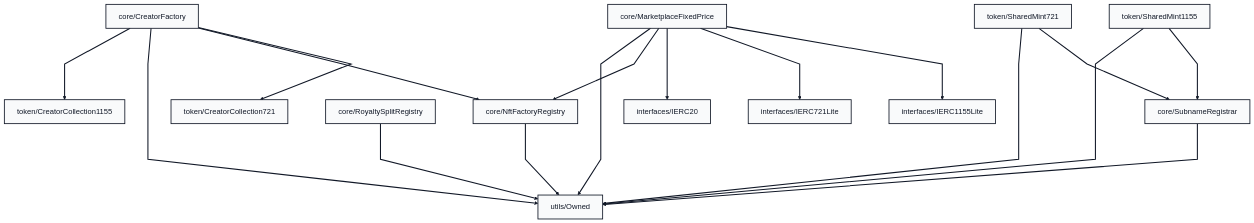
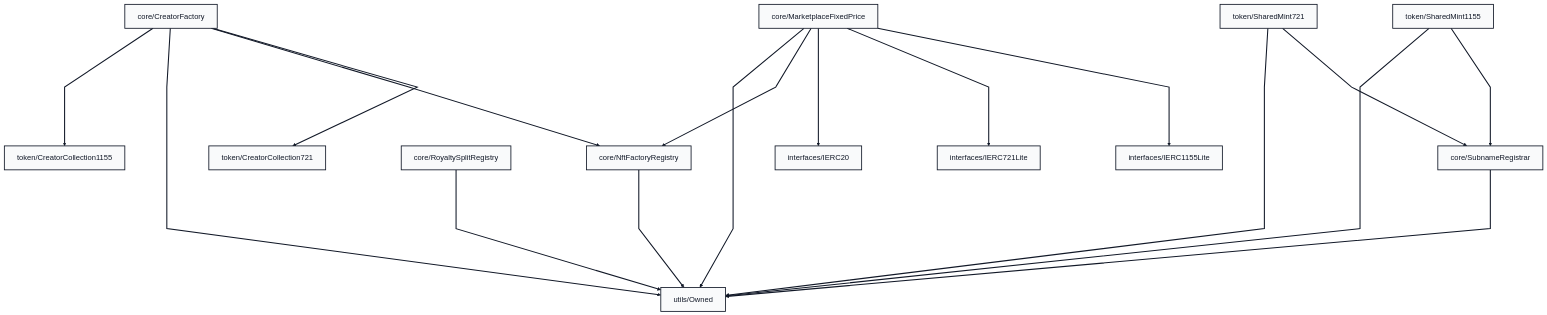
One commit to Bittrees-Technology/nftfactory changed the first of 2 diagrams in docs/contracts-dependency-tree.md. Above: the diagram before and after it, drawn with Mermaid. The commit also changed other lines of this file and 1 other file, not shown here.

Commit message:
docs(graph): enlarge dependency diagrams with more vertical and horizontal spacing

````diff
--- a/docs/contracts-dependency-tree.md
+++ b/docs/contracts-dependency-tree.md
@@ -12,22 +12,22 @@
 ```mermaid
-%%{init: {'theme':'base','flowchart': {'rankSpacing': 170, 'nodeSpacing': 90, 'curve':'linear'}, 'themeVariables': {'fontSize':'18px'}}}%%
+%%{init: {'theme':'base','flowchart': {'rankSpacing': 280, 'nodeSpacing': 180, 'curve':'linear'}, 'themeVariables': {'fontSize':'19px'}}}%%
 flowchart TB
   n1488782301["core/CreatorFactory"] --> n2181168441["token/CreatorCollection721"]
   n1488782301["core/CreatorFactory"] --> n4035126880["core/NftFactoryRegistry"]
   n1488782301["core/CreatorFactory"] --> n4213097139["utils/Owned"]
   n1488782301["core/CreatorFactory"] --> n4278318399["token/CreatorCollection1155"]
   n1509548991["core/RoyaltySplitRegistry"] --> n4213097139["utils/Owned"]
   n2306702266["token/SharedMint1155"] --> n3276284311["core/SubnameRegistrar"]
   n2306702266["token/SharedMint1155"] --> n4213097139["utils/Owned"]
   n3276284311["core/SubnameRegistrar"] --> n4213097139["utils/Owned"]
   n4035126880["core/NftFactoryRegistry"] --> n4213097139["utils/Owned"]
   n717273139["token/SharedMint721"] --> n3276284311["core/SubnameRegistrar"]
   n717273139["token/SharedMint721"] --> n4213097139["utils/Owned"]
   n772438226["core/MarketplaceFixedPrice"] --> n1244379674["interfaces/IERC1155Lite"]
   n772438226["core/MarketplaceFixedPrice"] --> n1362246291["interfaces/IERC721Lite"]
   n772438226["core/MarketplaceFixedPrice"] --> n3517265183["interfaces/IERC20"]
   n772438226["core/MarketplaceFixedPrice"] --> n4035126880["core/NftFactoryRegistry"]
   n772438226["core/MarketplaceFixedPrice"] --> n4213097139["utils/Owned"]
   classDef default fill:#f9fafb,stroke:#111827,stroke-width:2px,color:#111827,font-size:18px;
   linkStyle default stroke:#111827,stroke-width:2.5px;
 ```
````
